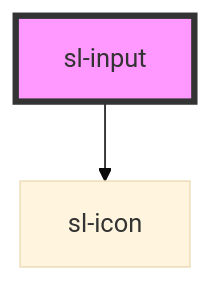
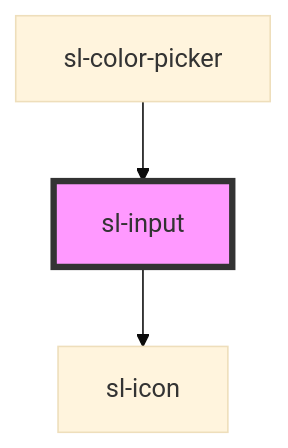
One commit to shoelace-style/shoelace changed the diagram in src/components/input/readme.md. Above: the diagram before and after it, drawn with Mermaid (base theme). The commit also changed other lines of this file and 7 other files, not shown here.

````diff
--- a/src/components/input/readme.md
+++ b/src/components/input/readme.md
@@ -208,5 +212,6 @@
 ```mermaid
 graph TD;
   sl-input --> sl-icon
+  sl-color-picker --> sl-input
   style sl-input fill:#f9f,stroke:#333,stroke-width:4px
 ```
````
